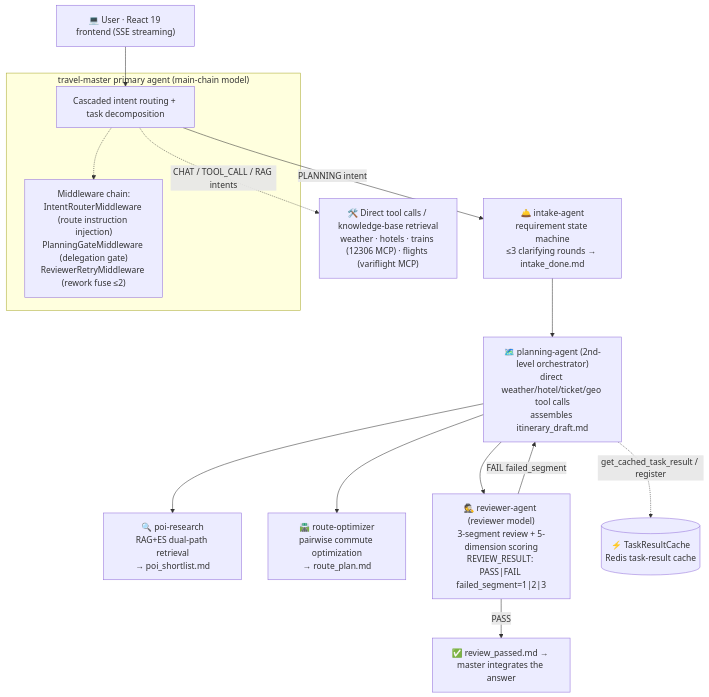
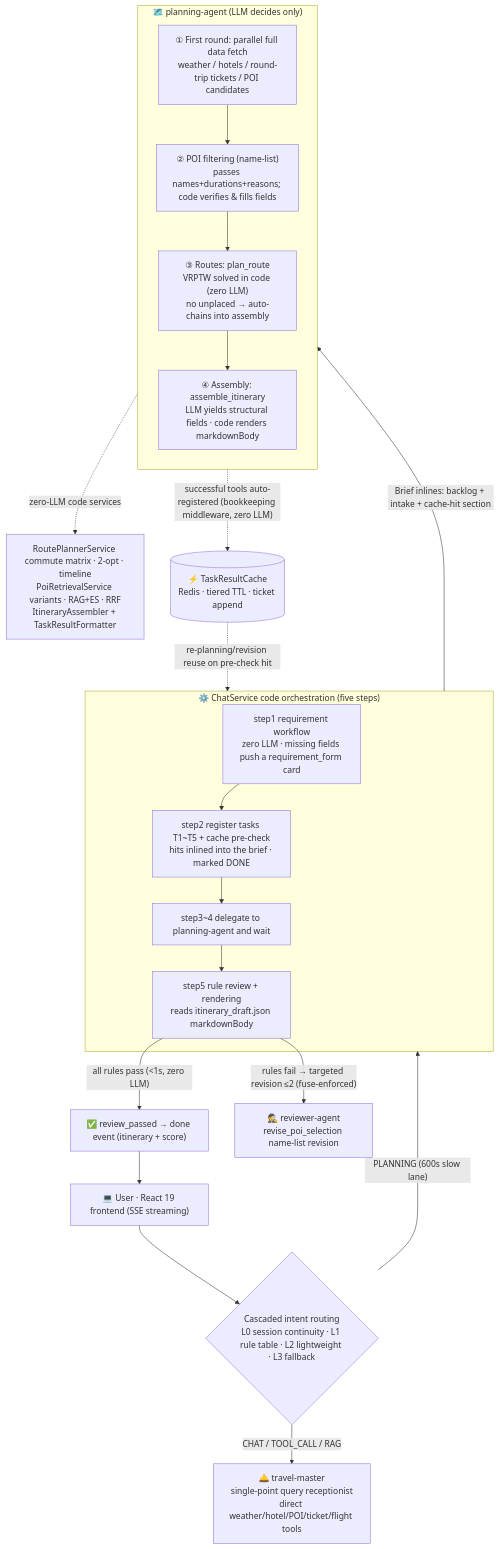
The diagram in README.en.md (Kilsme/TravelScope), drawn with Mermaid before and after one commit. The commit also changed other lines of this file and 2 other files, not shown here.

````diff
--- a/README.en.md
+++ b/README.en.md
@@ -53,20 +55,36 @@
 ```mermaid
 flowchart TD
-    U["💻 User · React 19 frontend (SSE streaming)"] --> M
+    U["💻 User · React 19 frontend (SSE streaming)"] --> IR{"Cascaded intent routing<br/>L0 session continuity · L1 rule table · L2 lightweight · L3 fallback"}
 
-    subgraph MAST ["travel-master primary agent (main-chain model)"]
-        M["Cascaded intent routing + task decomposition"]
-        M -.-> MW["Middleware chain:<br/>IntentRouterMiddleware (route instruction injection)<br/>PlanningGateMiddleware (delegation gate)<br/>ReviewerRetryMiddleware (rework fuse ≤2)"]
+    IR -->|"CHAT / TOOL_CALL / RAG"| M["🛎️ travel-master<br/>single-point query receptionist<br/>direct weather/hotel/POI/ticket/flight tools"]
+
+    IR -->|"PLANNING (600s slow lane)"| CS
+
+    subgraph CS ["⚙️ ChatService code orchestration (five steps)"]
+        S1["step1 requirement workflow<br/>zero LLM · missing fields push a requirement_form card"]
+        S2["step2 register tasks T1~T5 + cache pre-check<br/>hits inlined into the brief · marked DONE"]
+        S34["step3~4 delegate to planning-agent and wait"]
+        S5["step5 rule review + rendering<br/>reads itinerary_draft.json markdownBody"]
+        S1 --> S2 --> S34 --> S5
     end
 
-    M -->|PLANNING intent| I["🛎️ intake-agent<br/>requirement state machine<br/>≤3 clarifying rounds → intake_done.md"]
-    I --> P["🗺️ planning-agent (2nd-level orchestrator)<br/>direct weather/hotel/ticket/geo tool calls<br/>assembles itinerary_draft.md"]
-    P --> POI["🔍 poi-research<br/>RAG+ES dual-path retrieval<br/>→ poi_shortlist.md"]
-    P --> RT["🛣️ route-optimizer<br/>pairwise commute optimization<br/>→ route_plan.md"]
-    P --> RV["🕵️ reviewer-agent (reviewer model)<br/>3-segment review + 5-dimension scoring<br/>REVIEW_RESULT: PASS|FAIL failed_segment=1|2|3"]
-    RV -->|"FAIL failed_segment"| P
-    RV -->|"PASS"| OUT["✅ review_passed.md → master integrates the answer"]
+    subgraph PA ["🗺️ planning-agent (LLM decides only)"]
+        direction TB
+        P1["① First round: parallel full data fetch<br/>weather / hotels / round-trip tickets / POI candidates"]
+        P2["② POI filtering (name-list)<br/>passes names+durations+reasons; code verifies & fills fields"]
+        P3["③ Routes: plan_route<br/>VRPTW solved in code (zero LLM)<br/>no unplaced → auto-chains into assembly"]
+        P4["④ Assembly: assemble_itinerary<br/>LLM yields structural fields · code renders markdownBody"]
+        P1 --> P2 --> P3 --> P4
+    end
 
-    P -.->|get_cached_task_result / register| C[("⚡ TaskResultCache<br/>Redis task-result cache")]
-    M -.->|CHAT / TOOL_CALL / RAG intents| T["🛠️ Direct tool calls / knowledge-base retrieval<br/>weather · hotels · trains (12306 MCP) · flights (variflight MCP)"]
+    CS -->|"Brief inlines: backlog + intake + cache-hit section"| PA
+
+    PA -.->|"zero-LLM code services"| SVC["RoutePlannerService commute matrix · 2-opt · timeline<br/>PoiRetrievalService variants · RAG+ES · RRF<br/>ItineraryAssembler + TaskResultFormatter"]
+    PA -.->|"successful tools auto-registered (bookkeeping middleware, zero LLM)"| TC[("⚡ TaskResultCache<br/>Redis · tiered TTL · ticket append")]
+    TC -.->|"re-planning/revision reuse on pre-check hit"| CS
+
+    S5 -->|"all rules pass (<1s, zero LLM)"| OUT["✅ review_passed → done event (itinerary + score)"]
+    S5 -->|"rules fail → targeted revision ≤2 (fuse-enforced)"| RV["🕵️ reviewer-agent<br/>revise_poi_selection name-list revision"]
+
+    OUT --> U
 ```
````
